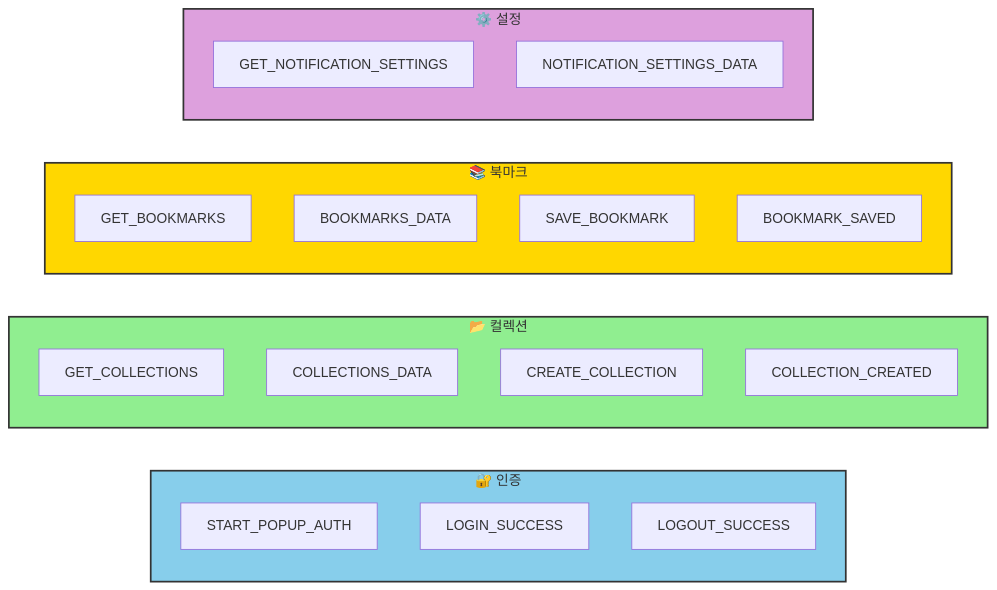
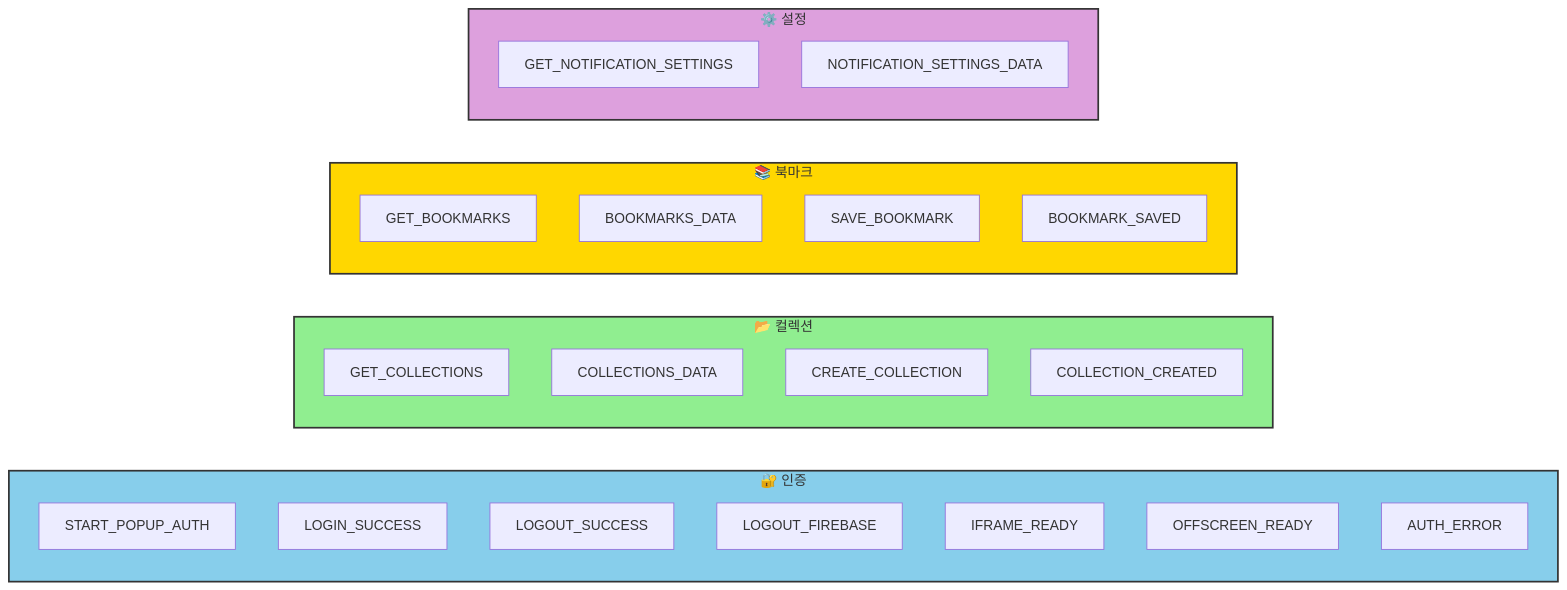
Before and after one commit to raincoat98/bookmarkle: the fifth of 6 diagrams in README.md, drawn with Mermaid. The commit also changed other lines of this file, not shown here.

````diff
--- a/README.md
+++ b/README.md
@@ -433,32 +451,36 @@
 ```mermaid
 graph LR
     subgraph Auth["🔐 인증"]
         A1["START_POPUP_AUTH"]
         A2["LOGIN_SUCCESS"]
         A3["LOGOUT_SUCCESS"]
+        A4["LOGOUT_FIREBASE"]
+        A5["IFRAME_READY"]
+        A6["OFFSCREEN_READY"]
+        A7["AUTH_ERROR"]
     end
 
     subgraph Collections["📂 컬렉션"]
         C1["GET_COLLECTIONS"]
         C2["COLLECTIONS_DATA"]
         C3["CREATE_COLLECTION"]
         C4["COLLECTION_CREATED"]
     end
 
     subgraph Bookmarks["📚 북마크"]
         B1["GET_BOOKMARKS"]
         B2["BOOKMARKS_DATA"]
         B3["SAVE_BOOKMARK"]
         B4["BOOKMARK_SAVED"]
     end
 
     subgraph Settings["⚙️ 설정"]
         S1["GET_NOTIFICATION_SETTINGS"]
         S2["NOTIFICATION_SETTINGS_DATA"]
     end
 
     style Auth fill:#87ceeb,stroke:#333,stroke-width:2px
     style Collections fill:#90ee90,stroke:#333,stroke-width:2px
     style Bookmarks fill:#ffd700,stroke:#333,stroke-width:2px
     style Settings fill:#dda0dd,stroke:#333,stroke-width:2px
 ```
````
